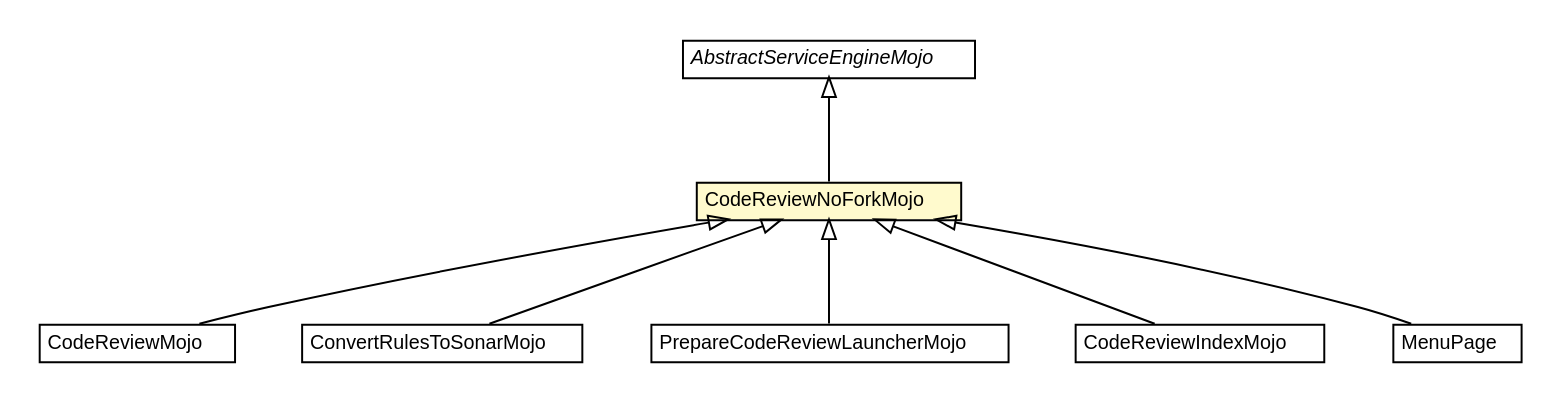
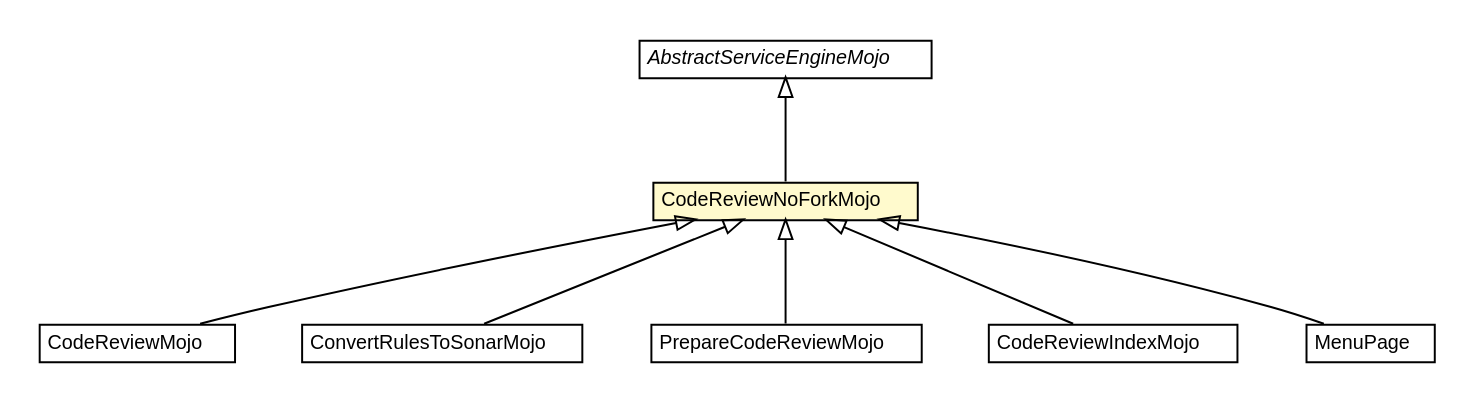
The diagram in snapshot/code-review-plugin/apidocs/fr/fastconnect/factory/tibco/bw/codereview/CodeReviewNoForkMojo.dot (fastconnect/tibco-factory), drawn with Graphviz before and after one commit. The commit also changed 60 other files, not shown here.

```diff
--- a/snapshot/code-review-plugin/apidocs/fr/fastconnect/factory/tibco/bw/codereview/CodeReviewNoForkMojo.dot
+++ b/snapshot/code-review-plugin/apidocs/fr/fastconnect/factory/tibco/bw/codereview/CodeReviewNoForkMojo.dot
@@ -1,66 +1,66 @@
 #!/usr/local/bin/dot
 #
 # Class diagram 
 # Generated by UMLGraph version R5_6-24-gf6e263 (http://www.umlgraph.org/)
 #
 
 digraph G {
 	edge [fontname="Helvetica",fontsize=10,labelfontname="Helvetica",labelfontsize=10];
 	node [fontname="Helvetica",fontsize=10,shape=plaintext];
 	nodesep=0.25;
 	ranksep=0.5;
 	// fr.fastconnect.factory.tibco.bw.codereview.CodeReviewMojo
 	c76 [label=<<table title="fr.fastconnect.factory.tibco.bw.codereview.CodeReviewMojo" border="0" cellborder="1" cellspacing="0" cellpadding="2" port="p" href="./CodeReviewMojo.html">
 		<tr><td><table border="0" cellspacing="0" cellpadding="1">
 <tr><td align="center" balign="center"> CodeReviewMojo </td></tr>
 		</table></td></tr>
 		</table>>, URL="./CodeReviewMojo.html", fontname="Helvetica", fontcolor="black", fontsize=10.0];
 	// fr.fastconnect.factory.tibco.bw.codereview.ConvertRulesToSonarMojo
 	c77 [label=<<table title="fr.fastconnect.factory.tibco.bw.codereview.ConvertRulesToSonarMojo" border="0" cellborder="1" cellspacing="0" cellpadding="2" port="p" href="./ConvertRulesToSonarMojo.html">
 		<tr><td><table border="0" cellspacing="0" cellpadding="1">
 <tr><td align="center" balign="center"> ConvertRulesToSonarMojo </td></tr>
 		</table></td></tr>
 		</table>>, URL="./ConvertRulesToSonarMojo.html", fontname="Helvetica", fontcolor="black", fontsize=10.0];
 	// fr.fastconnect.factory.tibco.bw.codereview.CodeReviewNoForkMojo
 	c78 [label=<<table title="fr.fastconnect.factory.tibco.bw.codereview.CodeReviewNoForkMojo" border="0" cellborder="1" cellspacing="0" cellpadding="2" port="p" bgcolor="lemonChiffon" href="./CodeReviewNoForkMojo.html">
 		<tr><td><table border="0" cellspacing="0" cellpadding="1">
 <tr><td align="center" balign="center"> CodeReviewNoForkMojo </td></tr>
 		</table></td></tr>
 		</table>>, URL="./CodeReviewNoForkMojo.html", fontname="Helvetica", fontcolor="black", fontsize=10.0];
-	// fr.fastconnect.factory.tibco.bw.codereview.PrepareCodeReviewLauncherMojo
-	c79 [label=<<table title="fr.fastconnect.factory.tibco.bw.codereview.PrepareCodeReviewLauncherMojo" border="0" cellborder="1" cellspacing="0" cellpadding="2" port="p" href="./PrepareCodeReviewLauncherMojo.html">
+	// fr.fastconnect.factory.tibco.bw.codereview.PrepareCodeReviewMojo
+	c79 [label=<<table title="fr.fastconnect.factory.tibco.bw.codereview.PrepareCodeReviewMojo" border="0" cellborder="1" cellspacing="0" cellpadding="2" port="p" href="./PrepareCodeReviewMojo.html">
 		<tr><td><table border="0" cellspacing="0" cellpadding="1">
-<tr><td align="center" balign="center"> PrepareCodeReviewLauncherMojo </td></tr>
+<tr><td align="center" balign="center"> PrepareCodeReviewMojo </td></tr>
 		</table></td></tr>
-		</table>>, URL="./PrepareCodeReviewLauncherMojo.html", fontname="Helvetica", fontcolor="black", fontsize=10.0];
+		</table>>, URL="./PrepareCodeReviewMojo.html", fontname="Helvetica", fontcolor="black", fontsize=10.0];
 	// fr.fastconnect.factory.tibco.bw.codereview.pages.CodeReviewIndexMojo
 	c81 [label=<<table title="fr.fastconnect.factory.tibco.bw.codereview.pages.CodeReviewIndexMojo" border="0" cellborder="1" cellspacing="0" cellpadding="2" port="p" href="./pages/CodeReviewIndexMojo.html">
 		<tr><td><table border="0" cellspacing="0" cellpadding="1">
 <tr><td align="center" balign="center"> CodeReviewIndexMojo </td></tr>
 		</table></td></tr>
 		</table>>, URL="./pages/CodeReviewIndexMojo.html", fontname="Helvetica", fontcolor="black", fontsize=10.0];
 	// fr.fastconnect.factory.tibco.bw.codereview.pages.MenuPage
 	c82 [label=<<table title="fr.fastconnect.factory.tibco.bw.codereview.pages.MenuPage" border="0" cellborder="1" cellspacing="0" cellpadding="2" port="p" href="./pages/MenuPage.html">
 		<tr><td><table border="0" cellspacing="0" cellpadding="1">
 <tr><td align="center" balign="center"> MenuPage </td></tr>
 		</table></td></tr>
 		</table>>, URL="./pages/MenuPage.html", fontname="Helvetica", fontcolor="black", fontsize=10.0];
 	//fr.fastconnect.factory.tibco.bw.codereview.CodeReviewMojo extends fr.fastconnect.factory.tibco.bw.codereview.CodeReviewNoForkMojo
 	c78:p -> c76:p [dir=back,arrowtail=empty];
 	//fr.fastconnect.factory.tibco.bw.codereview.ConvertRulesToSonarMojo extends fr.fastconnect.factory.tibco.bw.codereview.CodeReviewNoForkMojo
 	c78:p -> c77:p [dir=back,arrowtail=empty];
 	//fr.fastconnect.factory.tibco.bw.codereview.CodeReviewNoForkMojo extends fr.fastconnect.factory.tibco.bw.maven.bwengine.AbstractServiceEngineMojo
 	c89:p -> c78:p [dir=back,arrowtail=empty];
-	//fr.fastconnect.factory.tibco.bw.codereview.PrepareCodeReviewLauncherMojo extends fr.fastconnect.factory.tibco.bw.codereview.CodeReviewNoForkMojo
+	//fr.fastconnect.factory.tibco.bw.codereview.PrepareCodeReviewMojo extends fr.fastconnect.factory.tibco.bw.codereview.CodeReviewNoForkMojo
 	c78:p -> c79:p [dir=back,arrowtail=empty];
 	//fr.fastconnect.factory.tibco.bw.codereview.pages.CodeReviewIndexMojo extends fr.fastconnect.factory.tibco.bw.codereview.CodeReviewNoForkMojo
 	c78:p -> c81:p [dir=back,arrowtail=empty];
 	//fr.fastconnect.factory.tibco.bw.codereview.pages.MenuPage extends fr.fastconnect.factory.tibco.bw.codereview.CodeReviewNoForkMojo
 	c78:p -> c82:p [dir=back,arrowtail=empty];
 	// fr.fastconnect.factory.tibco.bw.maven.bwengine.AbstractServiceEngineMojo
 	c89 [label=<<table title="fr.fastconnect.factory.tibco.bw.maven.bwengine.AbstractServiceEngineMojo" border="0" cellborder="1" cellspacing="0" cellpadding="2" port="p" href="http://java.sun.com/j2se/1.4.2/docs/api/fr/fastconnect/factory/tibco/bw/maven/bwengine/AbstractServiceEngineMojo.html">
 		<tr><td><table border="0" cellspacing="0" cellpadding="1">
 <tr><td align="center" balign="center"><font face="Helvetica-Oblique"> AbstractServiceEngineMojo </font></td></tr>
 		</table></td></tr>
 		</table>>, URL="http://java.sun.com/j2se/1.4.2/docs/api/fr/fastconnect/factory/tibco/bw/maven/bwengine/AbstractServiceEngineMojo.html", fontname="Helvetica", fontcolor="black", fontsize=10.0];
 }
```
